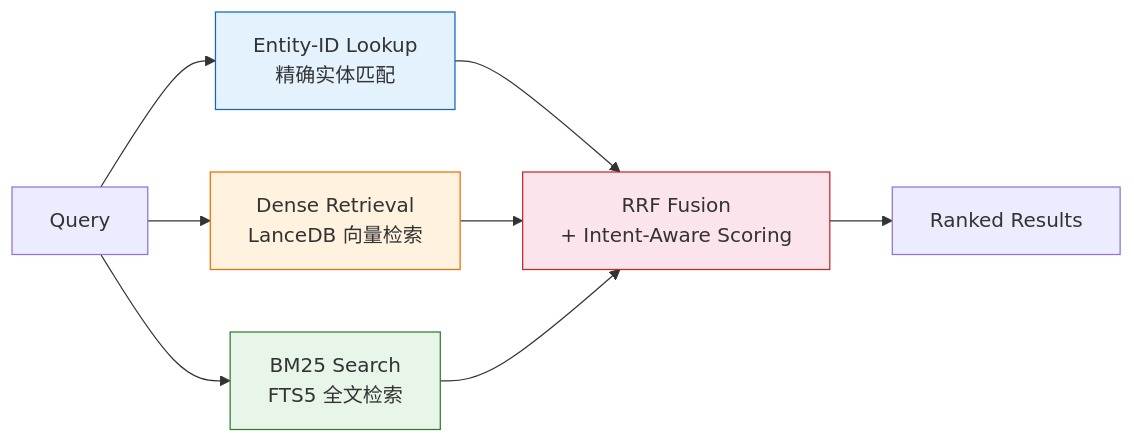
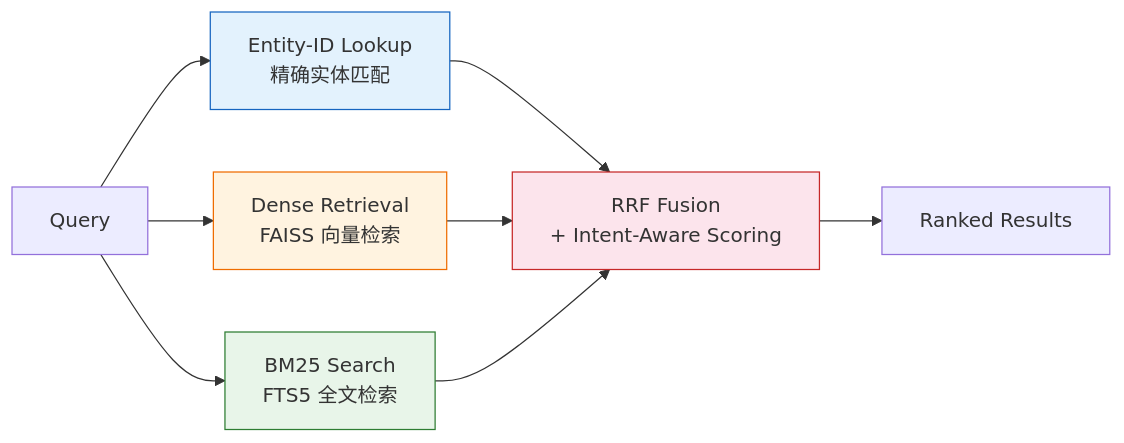
One commit to yiwufen/news changed the second of 3 diagrams in README.md. Above: the diagram before and after it, drawn with Mermaid. The commit also changed other lines of this file and 16 other files, not shown here.

````diff
--- a/README.md
+++ b/README.md
@@ -166,16 +166,16 @@
 ```mermaid
 flowchart LR
     Q["Query"] --> EID["Entity-ID Lookup<br/>精确实体匹配"]
-    Q --> DENSE["Dense Retrieval<br/>LanceDB 向量检索"]
+    Q --> DENSE["Dense Retrieval<br/>FAISS 向量检索"]
     Q --> BM25["BM25 Search<br/>FTS5 全文检索"]
 
     EID --> FUSION["RRF Fusion<br/>+ Intent-Aware Scoring"]
     DENSE --> FUSION
     BM25 --> FUSION
     FUSION --> R["Ranked Results"]
 
     style EID fill:#e3f2fd,stroke:#1565c0
     style DENSE fill:#fff3e0,stroke:#ef6c00
     style BM25 fill:#e8f5e9,stroke:#2e7d32
     style FUSION fill:#fce4ec,stroke:#c62828
 ```
````
